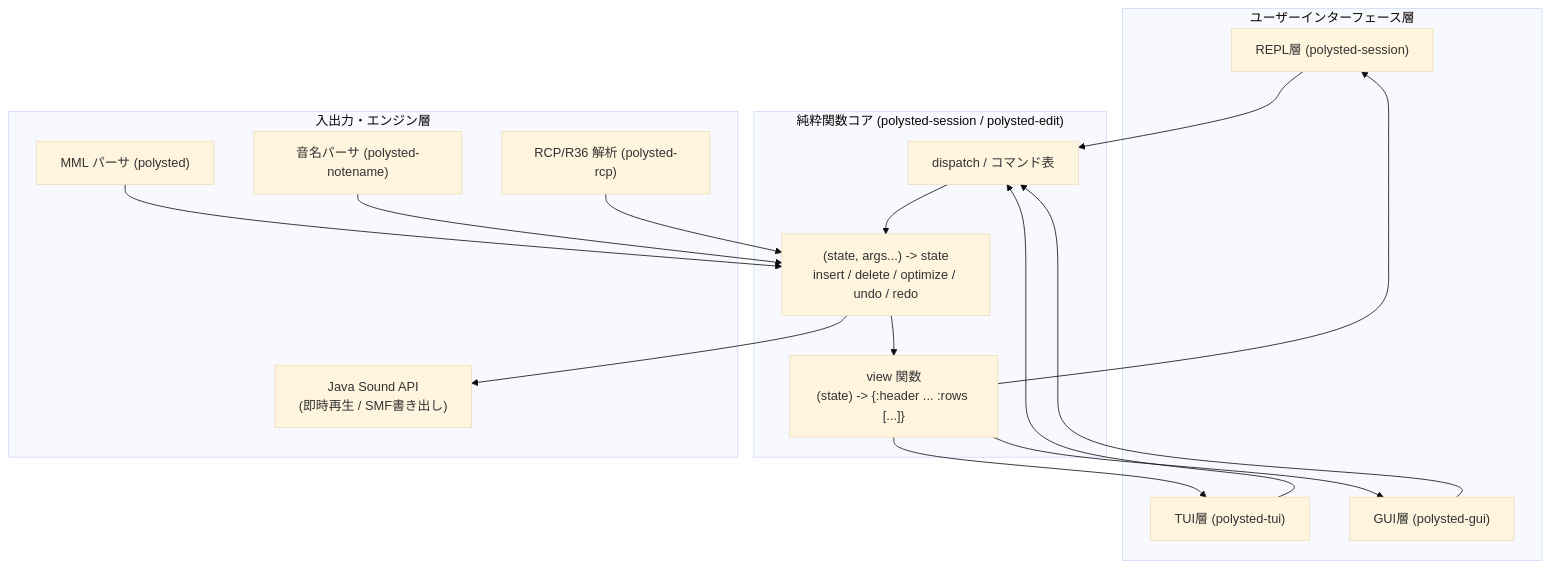
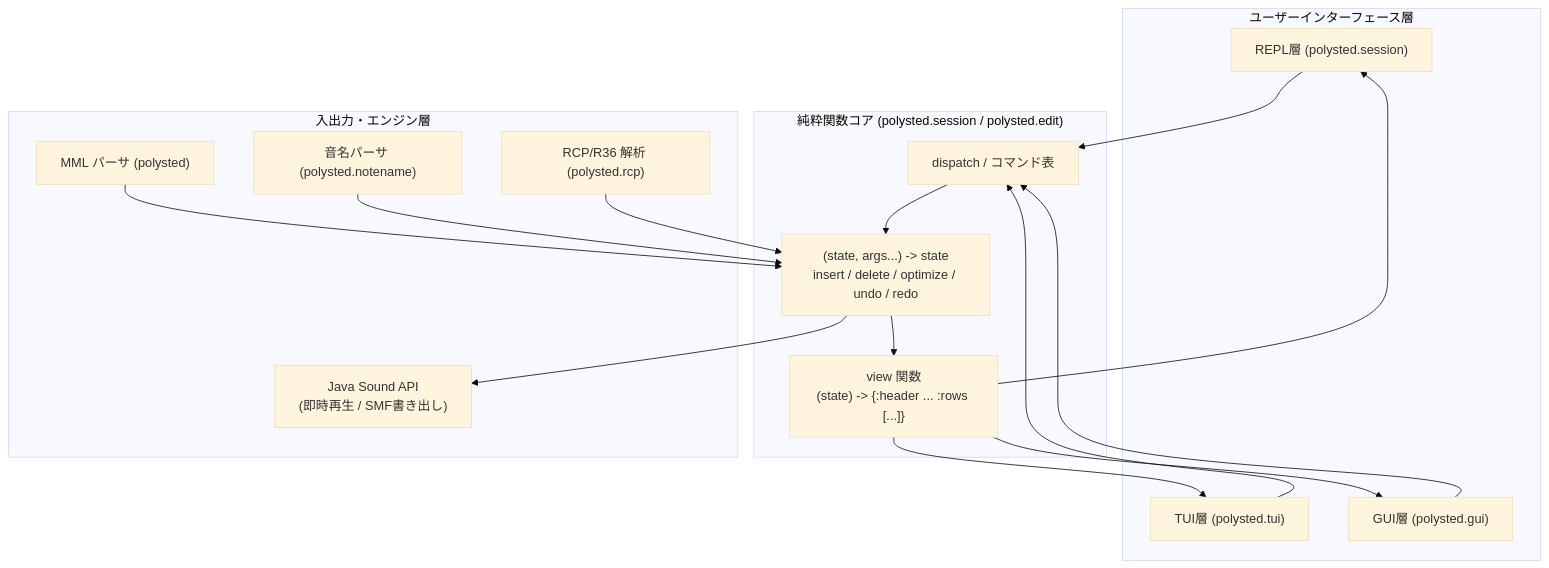
The diagram in README.md (CountZeroNM/polysted), drawn with Mermaid (base theme) before and after one commit. The commit also changed other lines of this file and 29 other files, not shown here.

````diff
--- a/README.md
+++ b/README.md
@@ -61,35 +61,35 @@
 ```mermaid
 flowchart TD
     subgraph UI ["ユーザーインターフェース層"]
-        REPL["REPL層 (polysted-session)"]
-        TUI["TUI層 (polysted-tui)"]
-        GUI["GUI層 (polysted-gui)"]
+        REPL["REPL層 (polysted.session)"]
+        TUI["TUI層 (polysted.tui)"]
+        GUI["GUI層 (polysted.gui)"]
     end
 
-    subgraph Core ["純粋関数コア (polysted-session / polysted-edit)"]
+    subgraph Core ["純粋関数コア (polysted.session / polysted.edit)"]
         Dispatch["dispatch / コマンド表"]
         Funcs["(state, args...) -> state<br/>insert / delete / optimize / undo / redo"]
         View["view 関数<br/>(state) -> {:header ... :rows [...]}"]
     end
 
     subgraph Engine ["入出力・エンジン層"]
         MML["MML パーサ (polysted)"]
-        NoteName["音名パーサ (polysted-notename)"]
-        RCP["RCP/R36 解析 (polysted-rcp)"]
+        NoteName["音名パーサ (polysted.notename)"]
+        RCP["RCP/R36 解析 (polysted.rcp)"]
         JavaSound["Java Sound API<br/>(即時再生 / SMF書き出し)"]
     end
 
     REPL --> Dispatch
     TUI --> Dispatch
     GUI --> Dispatch
     Dispatch --> Funcs
     Funcs --> View
     View --> REPL
     View --> TUI
     View --> GUI
 
     MML --> Funcs
     NoteName --> Funcs
     RCP --> Funcs
     Funcs --> JavaSound
 ```
````
